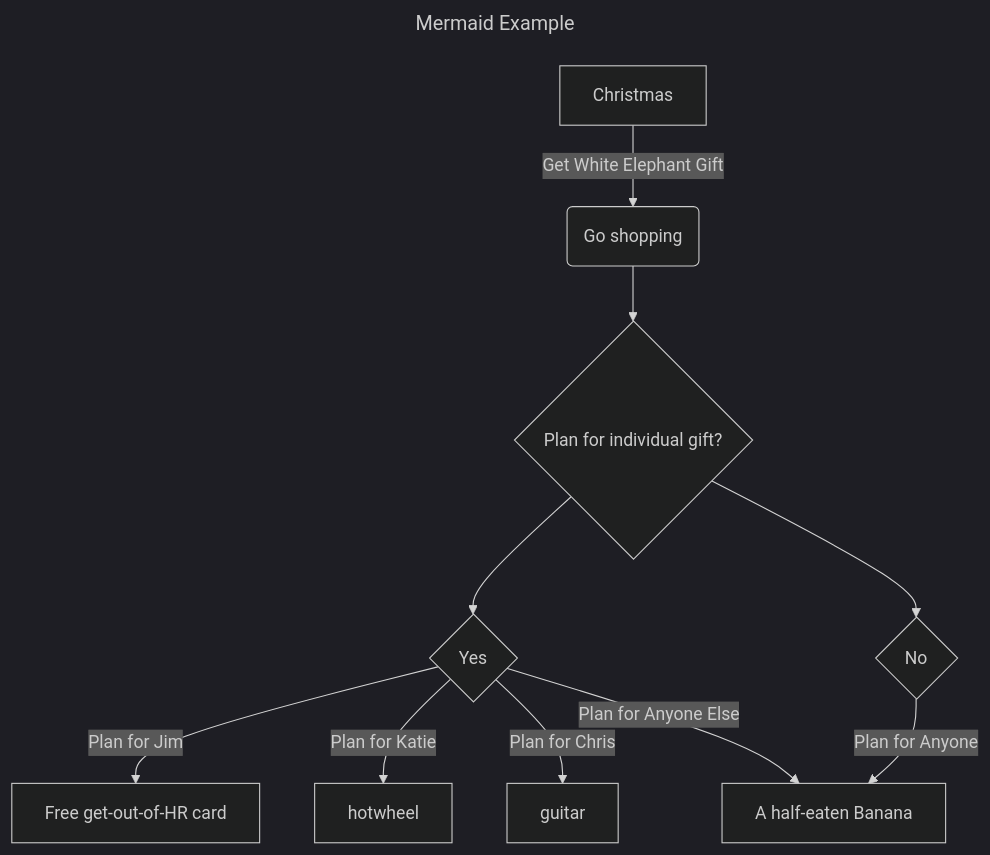
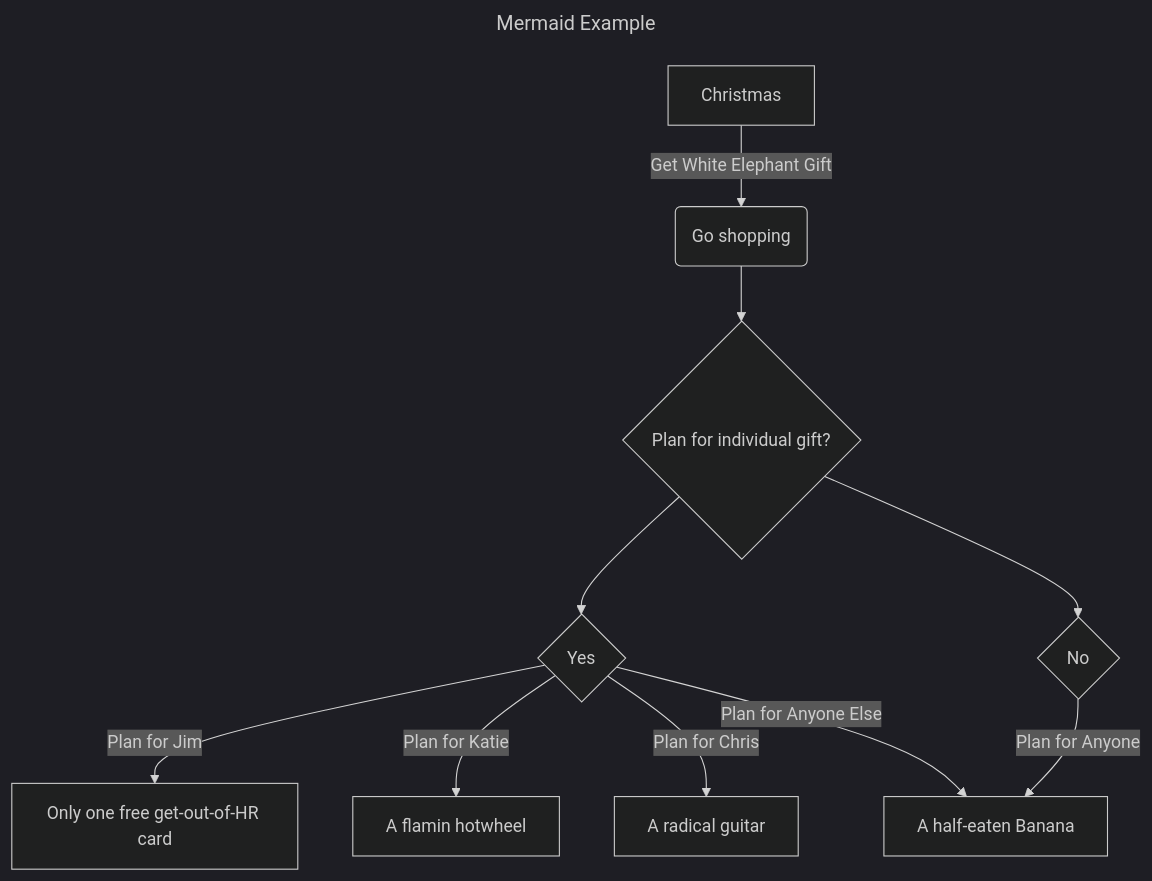
One commit to tzuleger/mermaid-markdown-example changed the diagram in README.md. Above: the diagram before and after it, drawn with Mermaid (dark theme). The commit also changed other lines of this file, not shown here.

````diff
--- a/README.md
+++ b/README.md
@@ -32,15 +32,15 @@
 ```mermaid
 ---
 title: Mermaid Example
 ---
 flowchart TD
     A[Christmas] -->|Get White Elephant Gift| B(Go shopping)
     B --> C{Plan for individual gift?}
     C --> D{Yes}
     C --> H{No}
-    D -->|Plan for Jim| E[Free get-out-of-HR card]
-    D -->|Plan for Katie| F[hotwheel]
-    D -->|Plan for Chris| G[guitar]
+    D -->|Plan for Jim| E[Only one free get-out-of-HR card]
+    D -->|Plan for Katie| F[A flamin hotwheel]
+    D -->|Plan for Chris| G[A radical guitar]
     D -->|Plan for Anyone Else| I
     H -->|Plan for Anyone| I[A half-eaten Banana]
 ```
````
